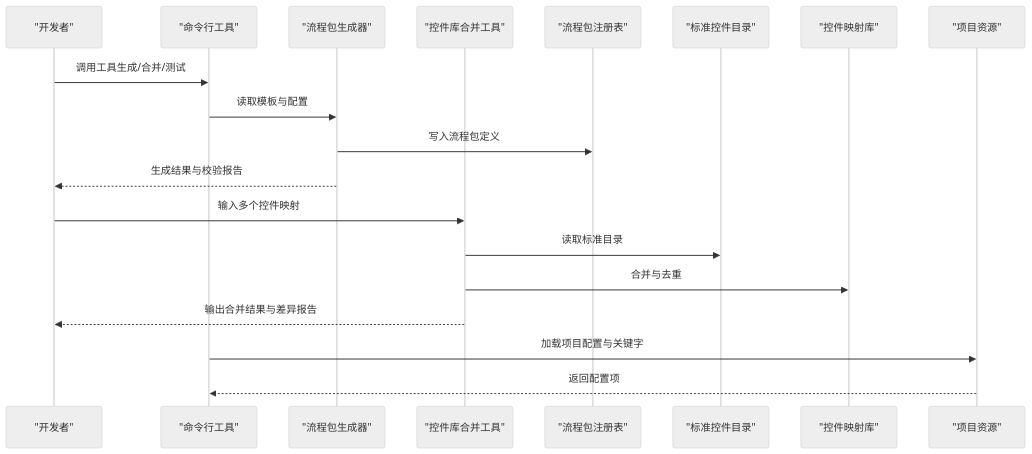
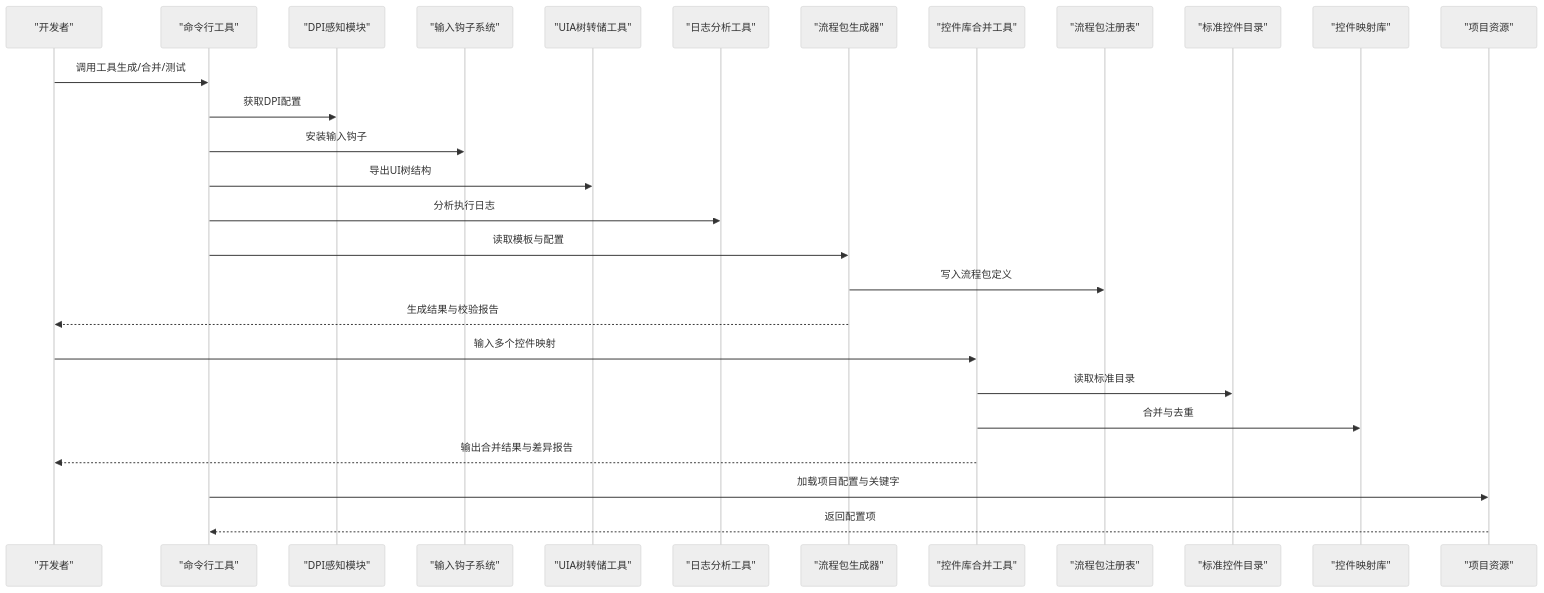
The second of 12 diagrams in .qoder/repowiki/zh/content/可视化工具/开发工具集.md (hanago33/WT_Automation), drawn with Mermaid (neutral theme) before and after one commit. The commit also changed other lines of this file and 220 other files, not shown here.

````diff
--- a/.qoder/repowiki/zh/content/可视化工具/开发工具集.md
+++ b/.qoder/repowiki/zh/content/可视化工具/开发工具集.md
@@ -165,21 +228,29 @@
 ```mermaid
 sequenceDiagram
 participant Dev as "开发者"
 participant CLI as "命令行工具"
+participant DPI as "DPI感知模块"
+participant Hook as "输入钩子系统"
+participant UIA as "UIA树转储工具"
+participant Log as "日志分析工具"
 participant Gen as "流程包生成器"
 participant Merge as "控件库合并工具"
 participant Reg as "流程包注册表"
 participant Catalog as "标准控件目录"
 participant Lib as "控件映射库"
 participant Res as "项目资源"
 Dev->>CLI : 调用工具生成/合并/测试
+CLI->>DPI : 获取DPI配置
+CLI->>Hook : 安装输入钩子
+CLI->>UIA : 导出UI树结构
+CLI->>Log : 分析执行日志
 CLI->>Gen : 读取模板与配置
 Gen->>Reg : 写入流程包定义
 Gen-->>Dev : 生成结果与校验报告
 Dev->>Merge : 输入多个控件映射
 Merge->>Catalog : 读取标准目录
 Merge->>Lib : 合并与去重
 Merge-->>Dev : 输出合并结果与差异报告
 CLI->>Res : 加载项目配置与关键字
 Res-->>CLI : 返回配置项
 ```
````
